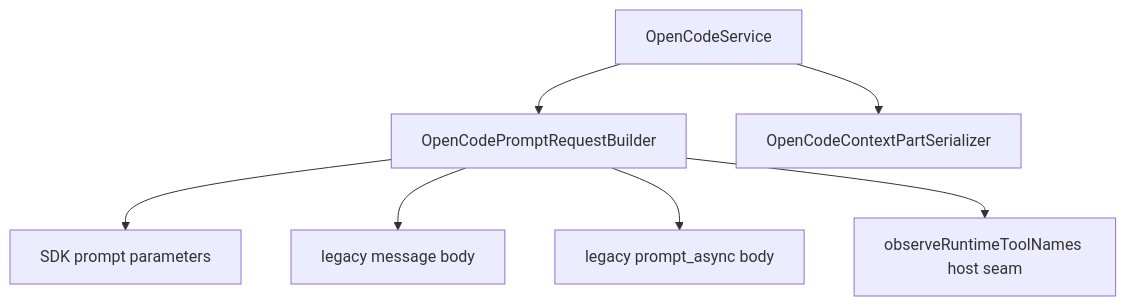
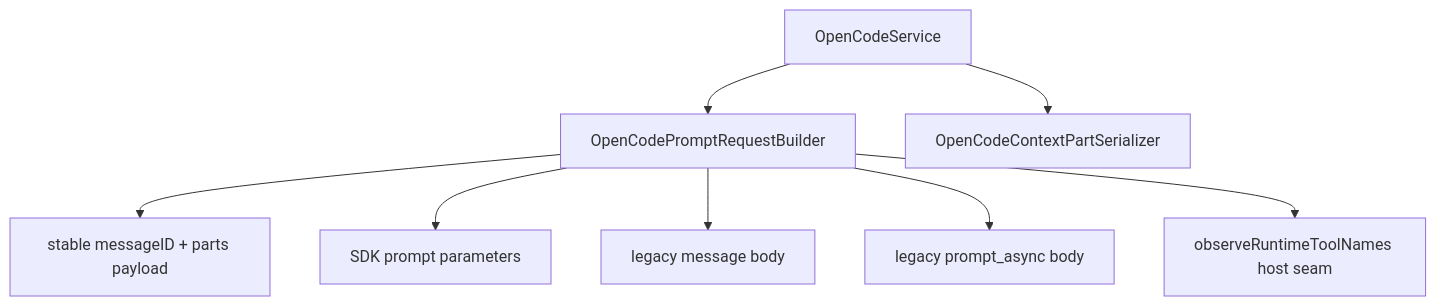
The diagram in docs/modules/core/opencode/OpenCodePromptRequestBuilder.md (OCDcreator/opencodian), drawn with Mermaid before and after one commit. The commit also changed other lines of this file and 19 other files, not shown here.

Commit message:
autopilot: round 2 - stable send payload ids

````diff
--- a/docs/modules/core/opencode/OpenCodePromptRequestBuilder.md
+++ b/docs/modules/core/opencode/OpenCodePromptRequestBuilder.md
@@ -70,9 +80,10 @@
 ```mermaid
 graph TD
     A[OpenCodeService] --> B[OpenCodePromptRequestBuilder]
     A --> C[OpenCodeContextPartSerializer]
-    B --> D[SDK prompt parameters]
-    B --> E[legacy message body]
-    B --> F[legacy prompt_async body]
-    B --> G[observeRuntimeToolNames host seam]
+    B --> D[stable messageID + parts payload]
+    B --> E[SDK prompt parameters]
+    B --> F[legacy message body]
+    B --> G[legacy prompt_async body]
+    B --> H[observeRuntimeToolNames host seam]
 ```
````
